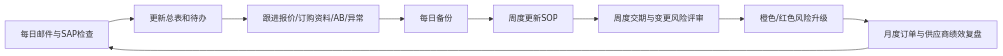
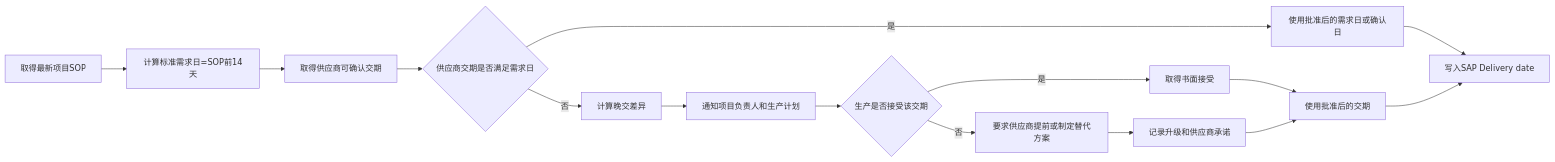
One commit to giengenbw/chassisprocess changed diagram 17 of 52 in README.md. Above: the diagram before and after it, drawn with Mermaid. The commit also changed other lines of this file, not shown here.

````diff
--- a/README.md
+++ b/README.md
@@ -781,11 +360,17 @@
 ```mermaid
 flowchart LR
-    A[每日邮件与SAP检查] --> B[更新总表和待办]
-    B --> C[跟进报价/订购资料/AB/异常]
-    C --> D[每日备份]
-    D --> E[周度更新SOP]
-    E --> F[周度交期与变更风险评审]
-    F --> G[橙色/红色风险升级]
-    G --> H[月度订单与供应商绩效复盘]
-    H --> A
+    A[取得最新项目SOP] --> B[计算标准需求日=SOP前14天]
+    B --> C[取得供应商可确认交期]
+    C --> D{供应商交期是否满足需求日}
+    D -->|是| E[使用批准后的需求日或确认日]
+    D -->|否| F[计算晚交差异]
+    F --> G[通知项目负责人和生产计划]
+    G --> H{生产是否接受该交期}
+    H -->|否| I[要求供应商提前或制定替代方案]
+    H -->|是| J[取得书面接受]
+    I --> K[记录升级和供应商承诺]
+    J --> L[使用批准后的交期]
+    K --> L
+    E --> M[写入SAP Delivery date]
+    L --> M
 ```
````
